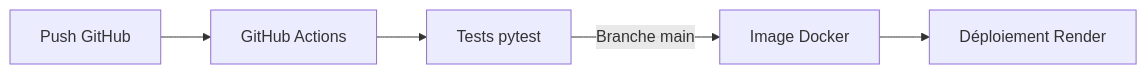
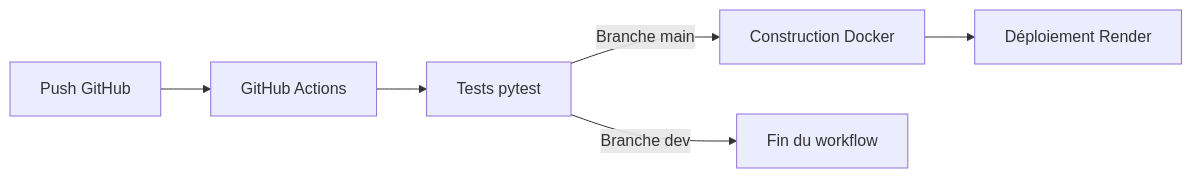
Before and after one commit to lealjo27/Projet8: the second of 2 diagrams in README.md, drawn with Mermaid. The commit also changed other lines of this file, not shown here.

````diff
--- a/README.md
+++ b/README.md
@@ -62,13 +143,14 @@
 ```mermaid
 flowchart LR
     A[Push GitHub]
     B[GitHub Actions]
     C[Tests pytest]
-    D[Image Docker]
+    D[Construction Docker]
     E[Déploiement Render]
 
     A --> B
     B --> C
+    C -->|Branche dev| F[Fin du workflow]
     C -->|Branche main| D
     D --> E
 ```
````
